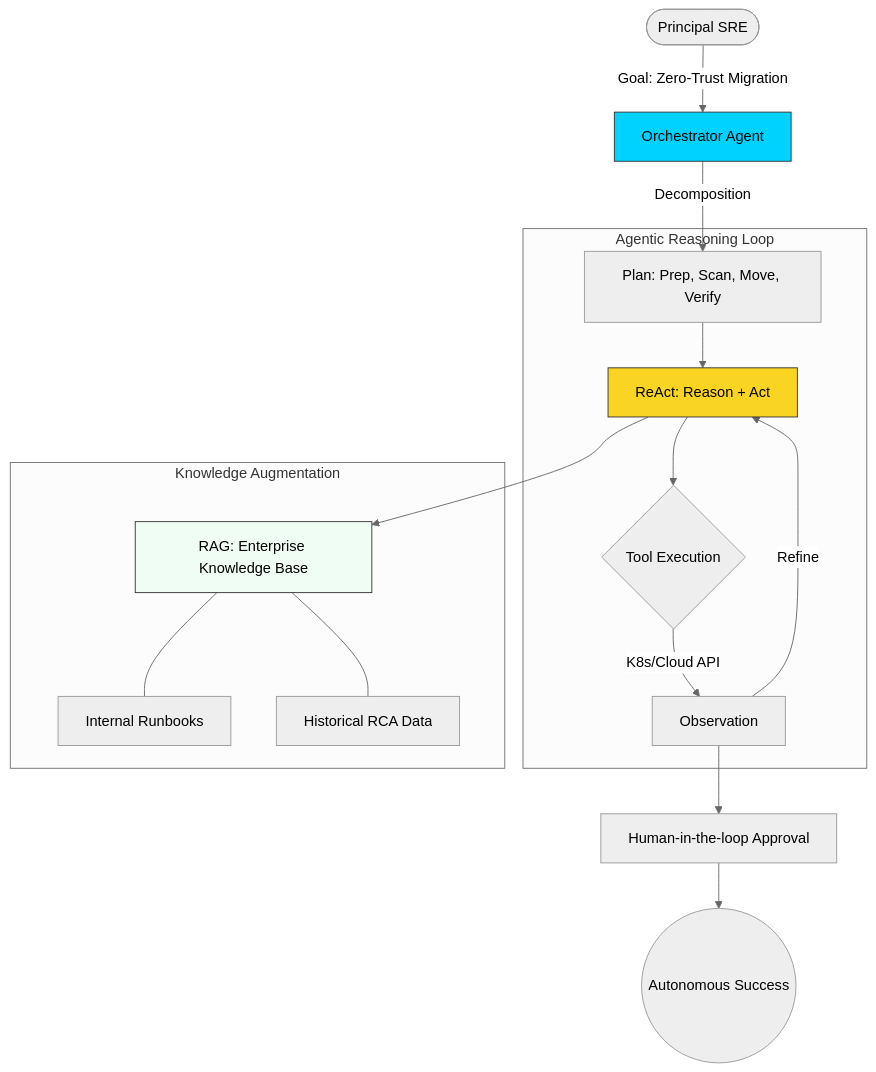
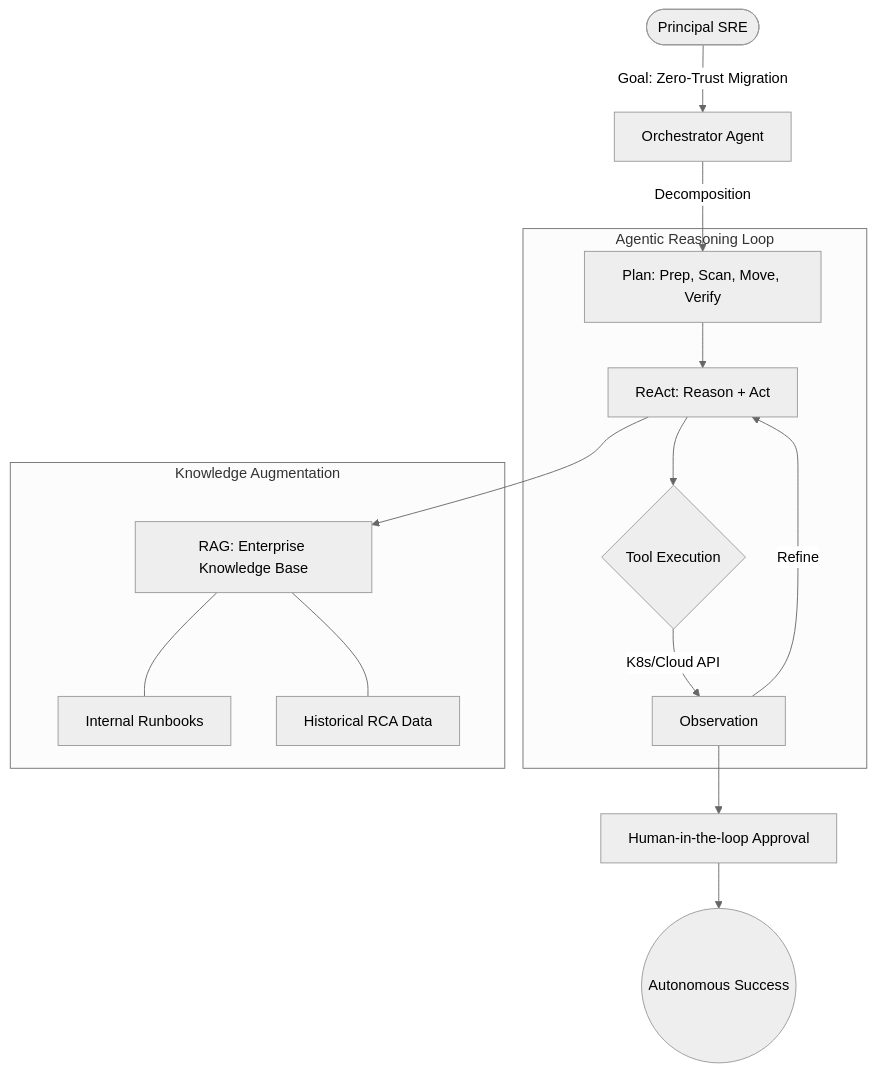
One commit to Ganil151/Devops changed the diagram in 03-advanced/03-phase-3/02-prompt-engineering/readme.md. Above: the diagram before and after it, drawn with Mermaid (neutral theme). The commit also changed other lines of this file, not shown here.

````diff
--- a/03-advanced/03-phase-3/02-prompt-engineering/readme.md
+++ b/03-advanced/03-phase-3/02-prompt-engineering/readme.md
@@ -5,25 +14,21 @@
 ```mermaid
 graph TD
     User([Principal SRE]) -->|Goal: Zero-Trust Migration| Agent[Orchestrator Agent]
     Agent -->|Decomposition| SubTasks[Plan: Prep, Scan, Move, Verify]
     
     subgraph Agentic Reasoning Loop
     SubTasks --> Planning[ReAct: Reason + Act]
     Planning --> Tools{Tool Execution}
     Tools -->|K8s/Cloud API| Obs[Observation]
     Obs -->|Refine| Planning
     end
     
     subgraph Knowledge Augmentation
     Planning --> RAG[RAG: Enterprise Knowledge Base]
     RAG --- Docs[Internal Runbooks]
     RAG --- Logs[Historical RCA Data]
     end
     
     Obs --> Finalize[Human-in-the-loop Approval]
     Finalize --> Success((Autonomous Success))
-    
-    style Agent fill:#00d2ff,stroke:#333
-    style Planning fill:#f9d423,stroke:#333
-    style RAG fill:#f0fdf4,stroke:#333
 ```
````
